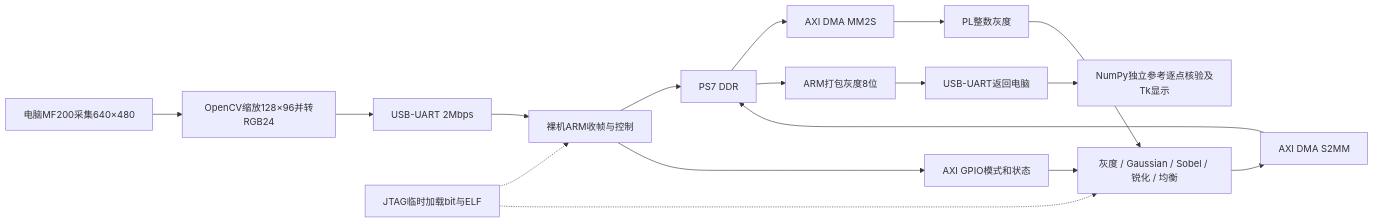
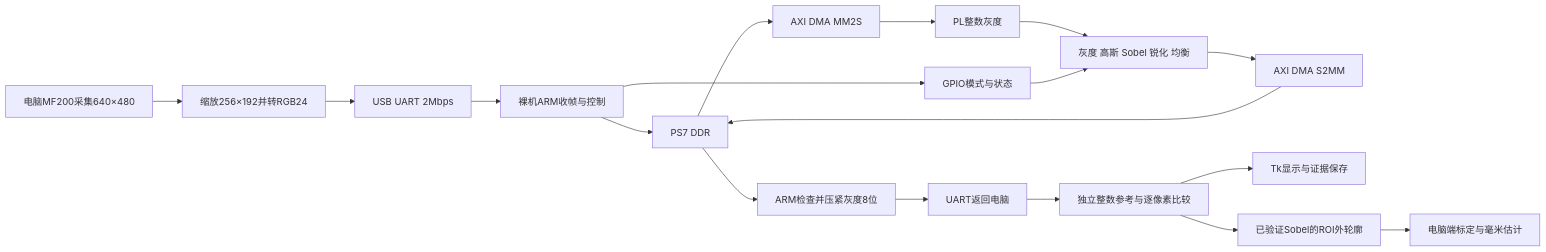
One commit to affters/pynq-z2-image-processing changed the diagram in report/technical_report.md. Above: the diagram before and after it, drawn with Mermaid. The commit also changed other lines of this file and 381 other files, not shown here.

````diff
--- a/report/technical_report.md
+++ b/report/technical_report.md
@@ -23,19 +21,20 @@
 ```mermaid
 flowchart LR
-  A[电脑MF200采集640×480] --> C[OpenCV缩放128×96并转RGB24]
-  C --> U[USB-UART 2Mbps]
+  A[电脑MF200采集640×480] --> C[缩放256×192并转RGB24]
+  C --> U[USB UART 2Mbps]
   U --> P[裸机ARM收帧与控制]
   P --> D[PS7 DDR]
   D --> T[AXI DMA MM2S]
   T --> G[PL整数灰度]
-  G --> M[灰度 / Gaussian / Sobel / 锐化 / 均衡]
+  G --> M[灰度 高斯 Sobel 锐化 均衡]
   M --> R[AXI DMA S2MM]
   R --> D
-  D --> O[ARM打包灰度8位]
-  O --> V[USB-UART返回电脑]
-  V --> N[NumPy独立参考逐点核验及Tk显示]
-  P --> Q[AXI GPIO模式和状态]
-  Q --> M
-  J[JTAG临时加载bit与ELF] -.-> P
-  J -.-> M
+  D --> O[ARM检查并压紧灰度8位]
+  O --> V[UART返回电脑]
+  V --> N[独立整数参考与逐像素比较]
+  N --> W[Tk显示与证据保存]
+  N --> Q[已验证Sobel的ROI外轮廓]
+  Q --> S[电脑端标定与毫米估计]
+  P --> K[GPIO模式与状态]
+  K --> M
 ```
````
